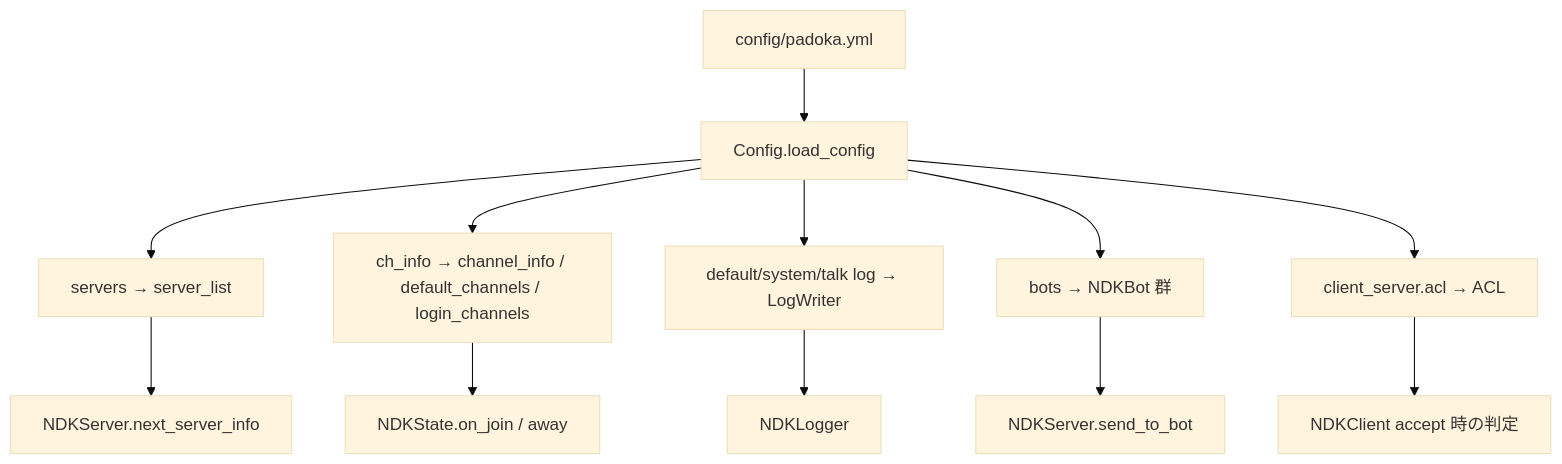
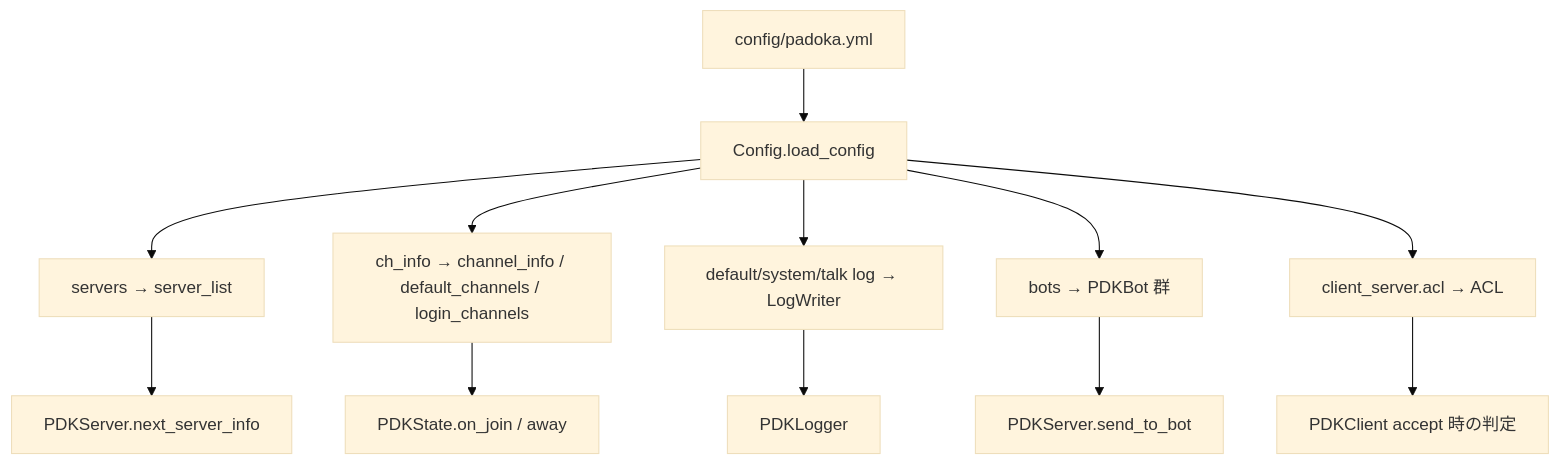
One commit to ainamori/padoka changed the fourth of 4 diagrams in docs/architecture.md. Above: the diagram before and after it, drawn with Mermaid (base theme). The commit also changed other lines of this file and 25 other files, not shown here.

````diff
--- a/docs/architecture.md
+++ b/docs/architecture.md
@@ -380,14 +369,14 @@
 ```mermaid
 graph TD
     YML[config/padoka.yml] --> CFG[Config.load_config]
     CFG --> SVRL[servers → server_list]
     CFG --> CH[ch_info → channel_info / default_channels / login_channels]
     CFG --> LW[default/system/talk log → LogWriter]
-    CFG --> BOT[bots → NDKBot 群]
+    CFG --> BOT[bots → PDKBot 群]
     CFG --> ACL[client_server.acl → ACL]
-    SVRL --> SVR[NDKServer.next_server_info]
-    CH --> ST[NDKState.on_join / away]
-    LW --> LOG[NDKLogger]
-    BOT --> S2B[NDKServer.send_to_bot]
-    ACL --> CLT[NDKClient accept 時の判定]
+    SVRL --> SVR[PDKServer.next_server_info]
+    CH --> ST[PDKState.on_join / away]
+    LW --> LOG[PDKLogger]
+    BOT --> S2B[PDKServer.send_to_bot]
+    ACL --> CLT[PDKClient accept 時の判定]
 ```
````
